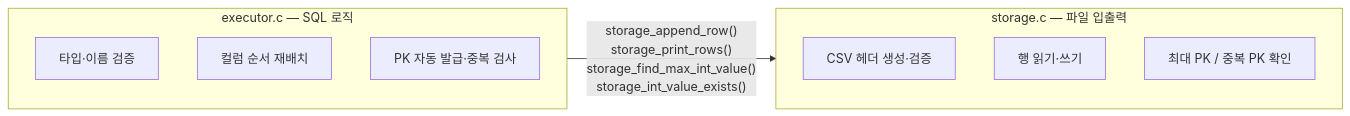
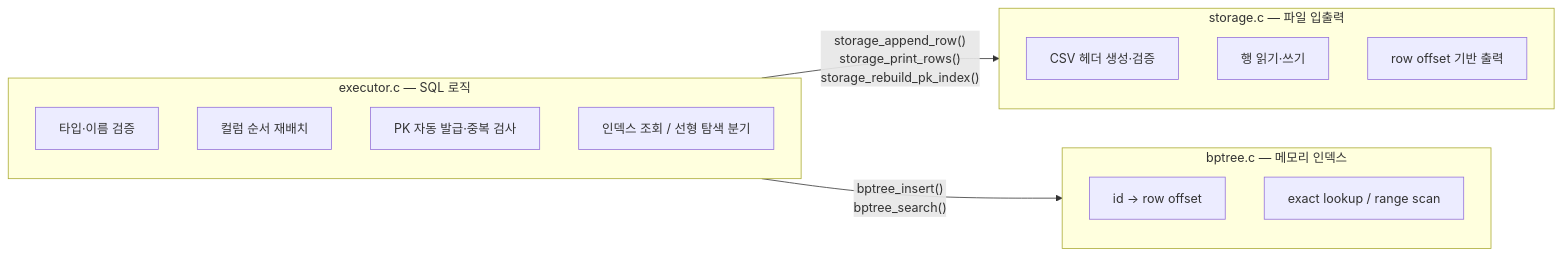
One commit to Jungle-12-303/week7-02-sql-index changed the seventh of 11 diagrams in GUIDE.md. Above: the diagram before and after it, drawn with Mermaid. The commit also changed other lines of this file and 10 other files, not shown here.

````diff
--- a/GUIDE.md
+++ b/GUIDE.md
@@ -413,14 +454,20 @@
 ```mermaid
 flowchart LR
     subgraph executor["executor.c — SQL 로직"]
         E1["타입·이름 검증"]
         E2["컬럼 순서 재배치"]
         E3["PK 자동 발급·중복 검사"]
+        E4["인덱스 조회 / 선형 탐색 분기"]
     end
     subgraph storage["storage.c — 파일 입출력"]
         S1["CSV 헤더 생성·검증"]
         S2["행 읽기·쓰기"]
-        S3["최대 PK / 중복 PK 확인"]
+        S3["row offset 기반 출력"]
     end
-    executor -->|"storage_append_row()\nstorage_print_rows()\nstorage_find_max_int_value()\nstorage_int_value_exists()"| storage
+    subgraph index["bptree.c — 메모리 인덱스"]
+        B1["id -> row offset"]
+        B2["exact lookup / range scan"]
+    end
+    executor -->|"storage_append_row()\nstorage_print_rows()\nstorage_rebuild_pk_index()"| storage
+    executor -->|"bptree_insert()\nbptree_search()"| index
 ```
````
